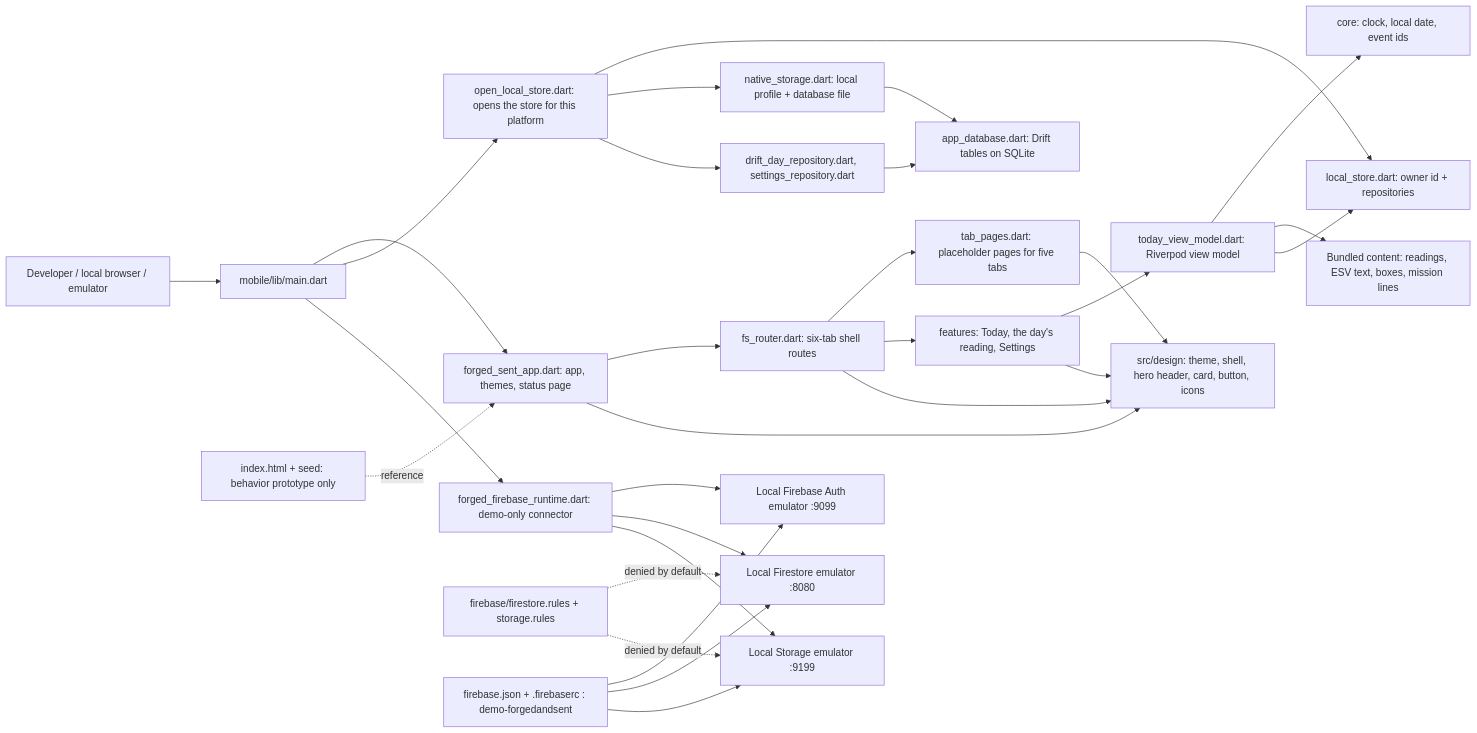
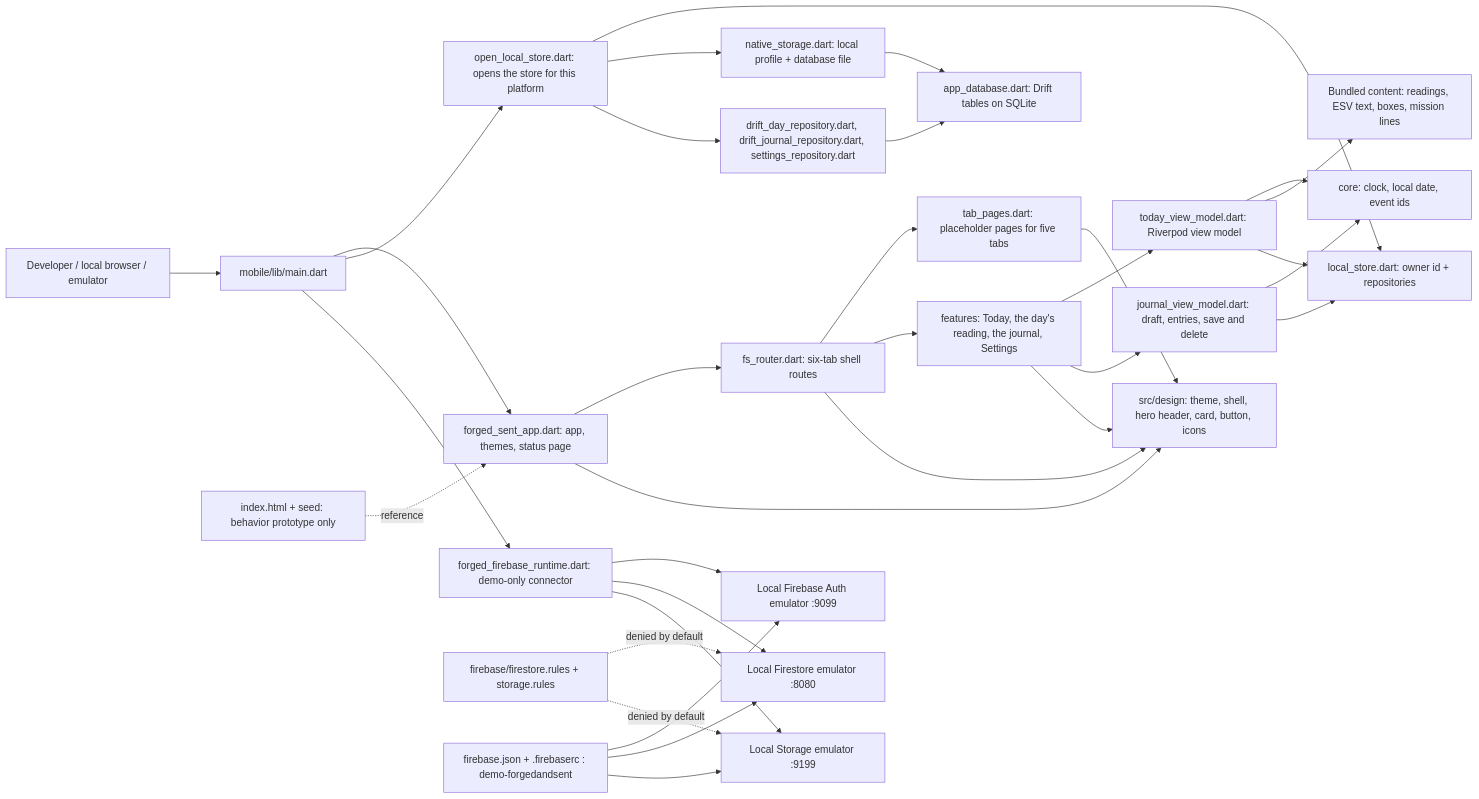
The first of 3 diagrams in docs/architecture/SYSTEM.md (Forged-Sent/ForgedAndSentFitness), drawn with Mermaid before and after one commit. The commit also changed other lines of this file and 42 other files, not shown here.

````diff
--- a/docs/architecture/SYSTEM.md
+++ b/docs/architecture/SYSTEM.md
@@ -7,32 +7,35 @@
 ```mermaid
 flowchart LR
     Person[Developer / local browser / emulator] --> Entry[mobile/lib/main.dart]
     Entry --> UI[forged_sent_app.dart: app, themes, status page]
     UI --> Router[fs_router.dart: six-tab shell routes]
     Router --> Pages[tab_pages.dart: placeholder pages for five tabs]
-    Router --> Screens[features: Today, the day's reading, Settings]
+    Router --> Screens[features: Today, the day's reading, the journal, Settings]
     Screens --> VM[today_view_model.dart: Riverpod view model]
+    Screens --> JVM[journal_view_model.dart: draft, entries, save and delete]
+    JVM --> Core
+    JVM --> LocalStore
     Screens --> Design
     VM --> Core[core: clock, local date, event ids]
     VM --> Content[Bundled content: readings, ESV text, boxes, mission lines]
     VM --> LocalStore[local_store.dart: owner id + repositories]
     Entry --> Open[open_local_store.dart: opens the store for this platform]
     Open --> LocalStore
     Open --> Native[native_storage.dart: local profile + database file]
-    Open --> Repos[drift_day_repository.dart, settings_repository.dart]
+    Open --> Repos[drift_day_repository.dart, drift_journal_repository.dart, settings_repository.dart]
     Repos --> Sqlite[app_database.dart: Drift tables on SQLite]
     Native --> Sqlite
     UI --> Design[src/design: theme, shell, hero header, card, button, icons]
     Router --> Design
     Pages --> Design
     Entry --> Runtime[forged_firebase_runtime.dart: demo-only connector]
     Runtime --> Auth[Local Firebase Auth emulator :9099]
     Runtime --> DB[Local Firestore emulator :8080]
     Runtime --> Store[Local Storage emulator :9199]
     Rules[firebase/firestore.rules + storage.rules] -. denied by default .-> DB
     Rules -. denied by default .-> Store
     Demo[firebase.json + .firebaserc : demo-forgedandsent] --> Auth
     Demo --> DB
     Demo --> Store
     Legacy[index.html + seed: behavior prototype only] -. reference .-> UI
 ```
````
